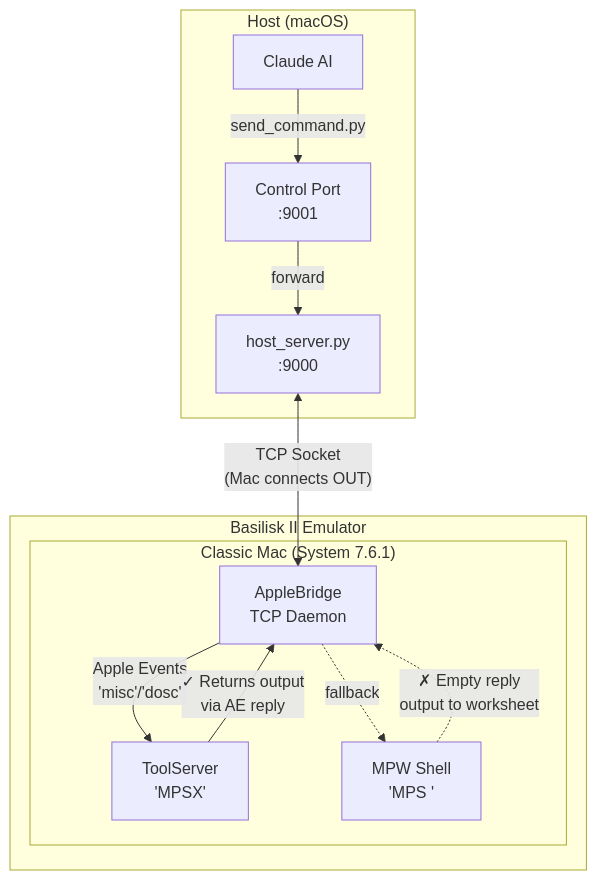
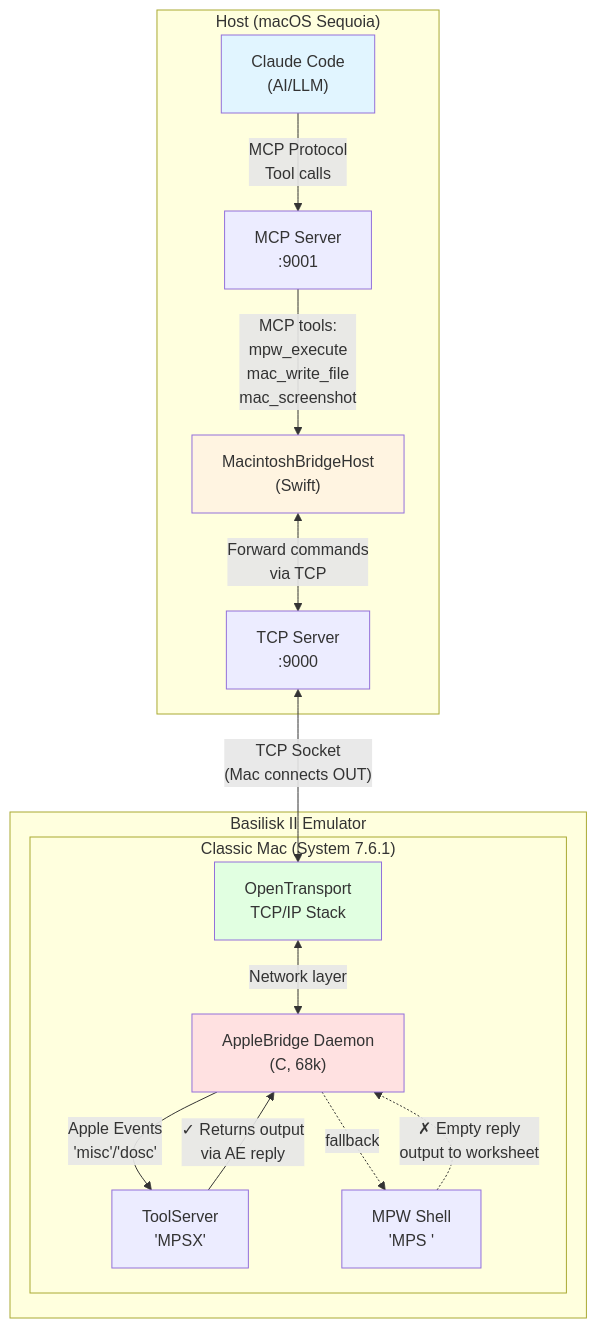
One commit to LoetLuemmel/AppleBridge changed the first of 2 diagrams in README.md. Above: the diagram before and after it, drawn with Mermaid. The commit also changed other lines of this file, not shown here.

First line of the commit message:
Update README diagrams with complete MCP + OpenTransport architecture

````diff
--- a/README.md
+++ b/README.md
@@ -15,24 +15,33 @@
 ```mermaid
 flowchart TB
-    subgraph Host["Host (macOS)"]
-        Claude["Claude AI"]
-        HostServer["host_server.py\n:9000"]
-        ControlPort["Control Port\n:9001"]
+    subgraph Host["Host (macOS Sequoia)"]
+        Claude["Claude Code\n(AI/LLM)"]
+        MCPServer["MacintoshBridgeHost\n(Swift)"]
+        MCPPort["MCP Server\n:9001"]
+        TCPPort["TCP Server\n:9000"]
     end
 
     subgraph BAII["Basilisk II Emulator"]
         subgraph Mac["Classic Mac (System 7.6.1)"]
-            AppleBridge["AppleBridge\nTCP Daemon"]
+            AppleBridge["AppleBridge Daemon\n(C, 68k)"]
+            OT["OpenTransport\nTCP/IP Stack"]
             ToolServer["ToolServer\n'MPSX'"]
             MPWShell["MPW Shell\n'MPS '"]
         end
     end
 
-    Claude -->|"send_command.py"| ControlPort
-    ControlPort -->|"forward"| HostServer
-    HostServer <-->|"TCP Socket\n(Mac connects OUT)"| AppleBridge
+    Claude -->|"MCP Protocol\nTool calls"| MCPPort
+    MCPPort -->|"MCP tools:\nmpw_execute\nmac_write_file\nmac_screenshot"| MCPServer
+    MCPServer <-->|"Forward commands\nvia TCP"| TCPPort
+    TCPPort <-->|"TCP Socket\n(Mac connects OUT)"| OT
+    OT <-->|"Network layer"| AppleBridge
     AppleBridge -->|"Apple Events\n'misc'/'dosc'"| ToolServer
     AppleBridge -.->|"fallback"| MPWShell
     ToolServer -->|"✓ Returns output\nvia AE reply"| AppleBridge
     MPWShell -.->|"✗ Empty reply\noutput to worksheet"| AppleBridge
+
+    style Claude fill:#e1f5ff
+    style MCPServer fill:#fff4e1
+    style OT fill:#e1ffe1
+    style AppleBridge fill:#ffe1e1
 ```
````
